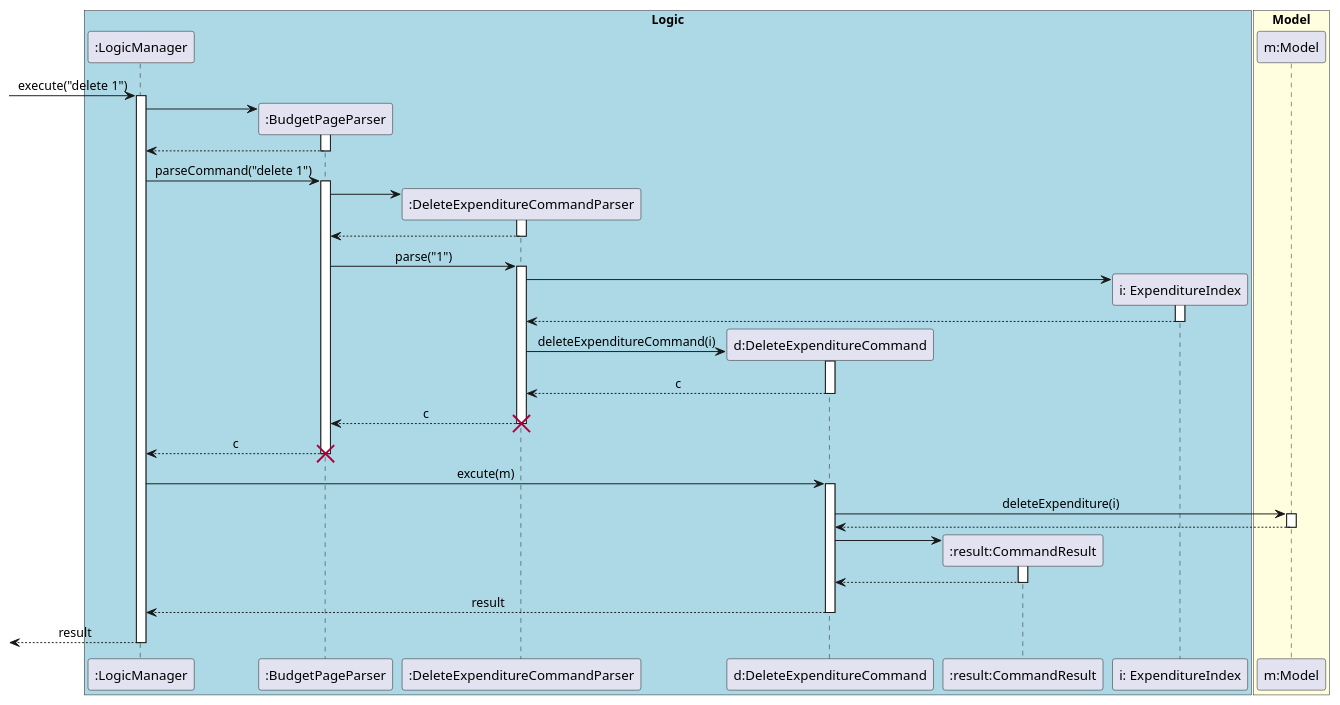
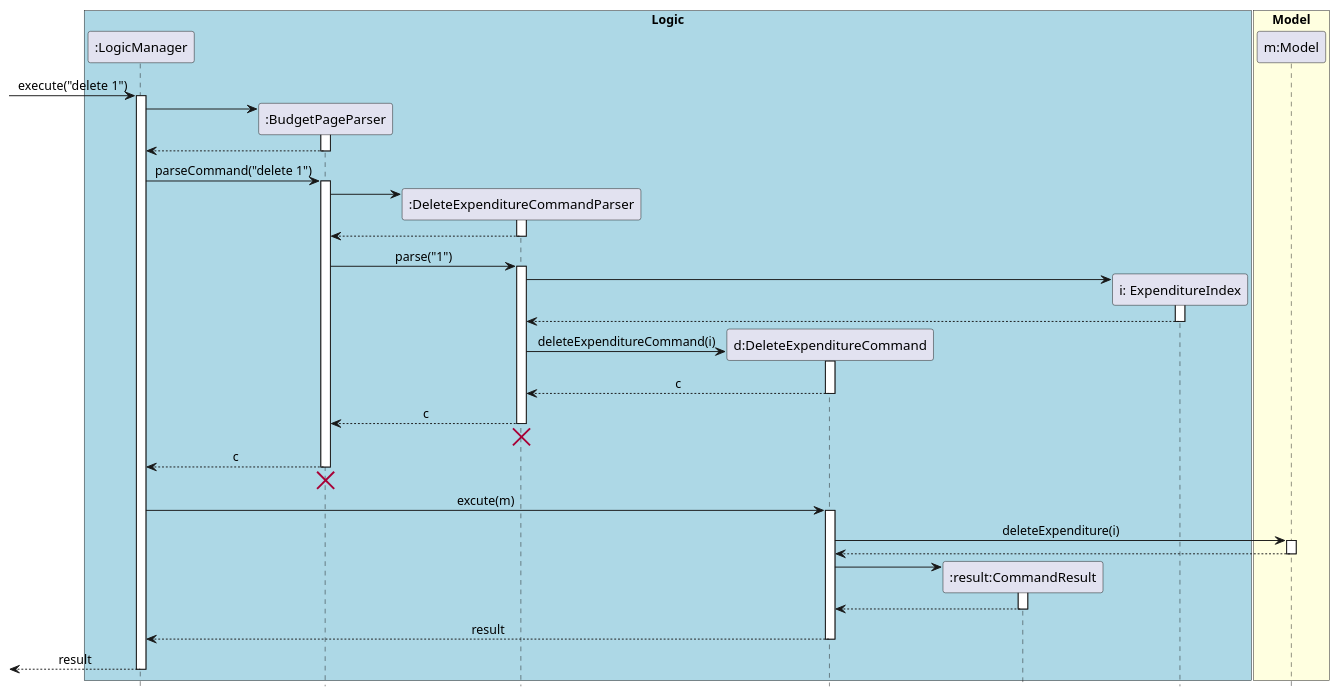
Before and after one commit to yu-ming-chen/tp: the diagram in docs/diagrams/commandsPlantUML/DeleteExpenditureCommand.puml, drawn with PlantUML. The commit also changed 10 other files, not shown here.

```diff
--- a/docs/diagrams/commandsPlantUML/DeleteExpenditureCommand.puml
+++ b/docs/diagrams/commandsPlantUML/DeleteExpenditureCommand.puml
@@ -1,72 +1,77 @@
 @startuml
 skinparam Sequence {
     MessageAlign center
 }
+hide footbox
 box "Logic" #LightBlue
 participant ":LogicManager" as LM
 participant ":BudgetPageParser" as BPP
 participant ":DeleteExpenditureCommandParser" as DECP
 participant "d:DeleteExpenditureCommand" as DEC
 participant ":result:CommandResult" as CR
 participant "i: ExpenditureIndex" as EI
 end box
 
 box "Model" #LightYellow
 participant "m:Model" as M
 end box
 
 [-> LM : execute("delete 1")
 activate LM
 create BPP
 LM -> BPP
 activate BPP
 LM <-- BPP
 
 deactivate BPP
 LM -> BPP : parseCommand("delete 1")
 activate BPP
 
 create DECP
 BPP -> DECP
 activate DECP
 BPP <-- DECP
 deactivate DECP
 BPP -> DECP : parse("1")
 activate DECP
 
 create EI
 DECP -> EI
 activate EI
 DECP <-- EI
 deactivate EI
 
 create DEC
 DECP -> DEC : deleteExpenditureCommand(i)
 activate DEC
 DECP <-- DEC : c
 deactivate DEC
 BPP <-- DECP : c
 deactivate DECP
+BPP <-[hidden]- DECP
 destroy DECP
+
+
 LM <-- BPP : c
 deactivate BPP
+LM <-[hidden]- BPP
 destroy BPP
 
 LM -> DEC : excute(m)
 activate DEC
 DEC -> M : deleteExpenditure(i)
 activate M
 DEC <-- M
 deactivate M
 
 create CR
 DEC -> CR
 activate CR
 DEC <-- CR
 deactivate CR
 
 LM <-- DEC : result
 deactivate DEC
 [<-- LM : result
 deactivate LM
 @enduml
```
